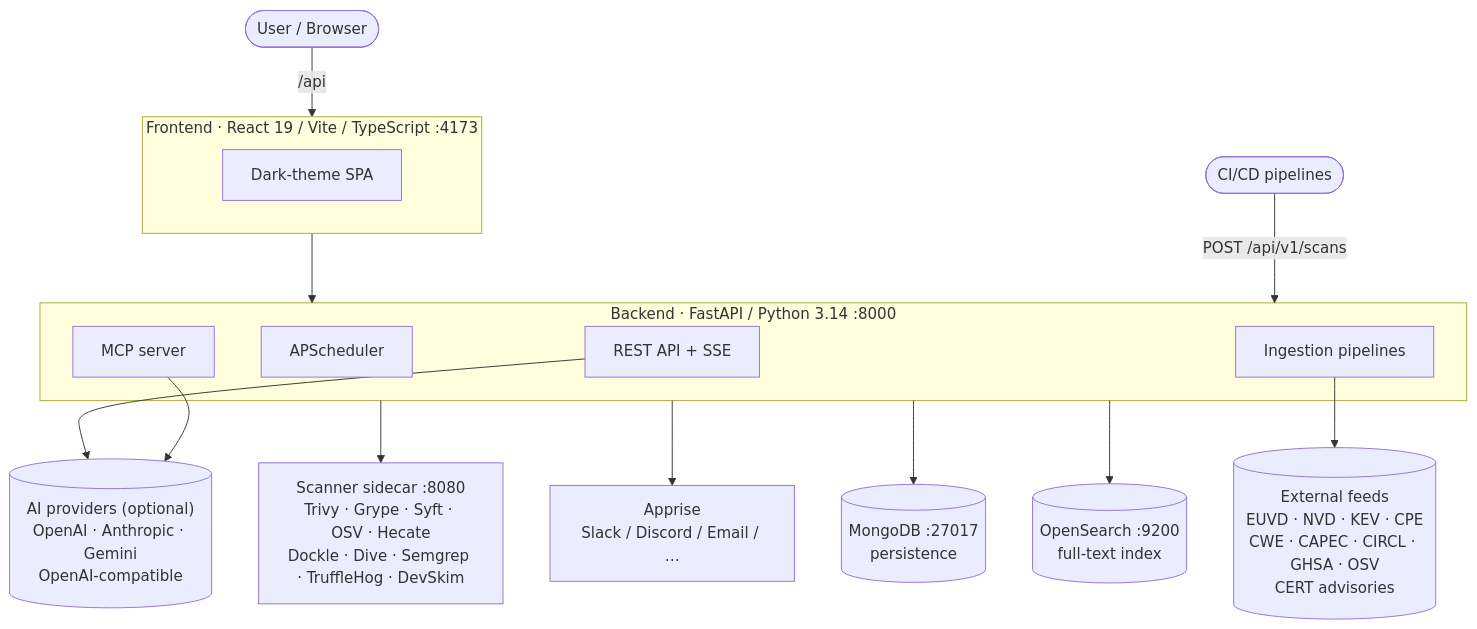
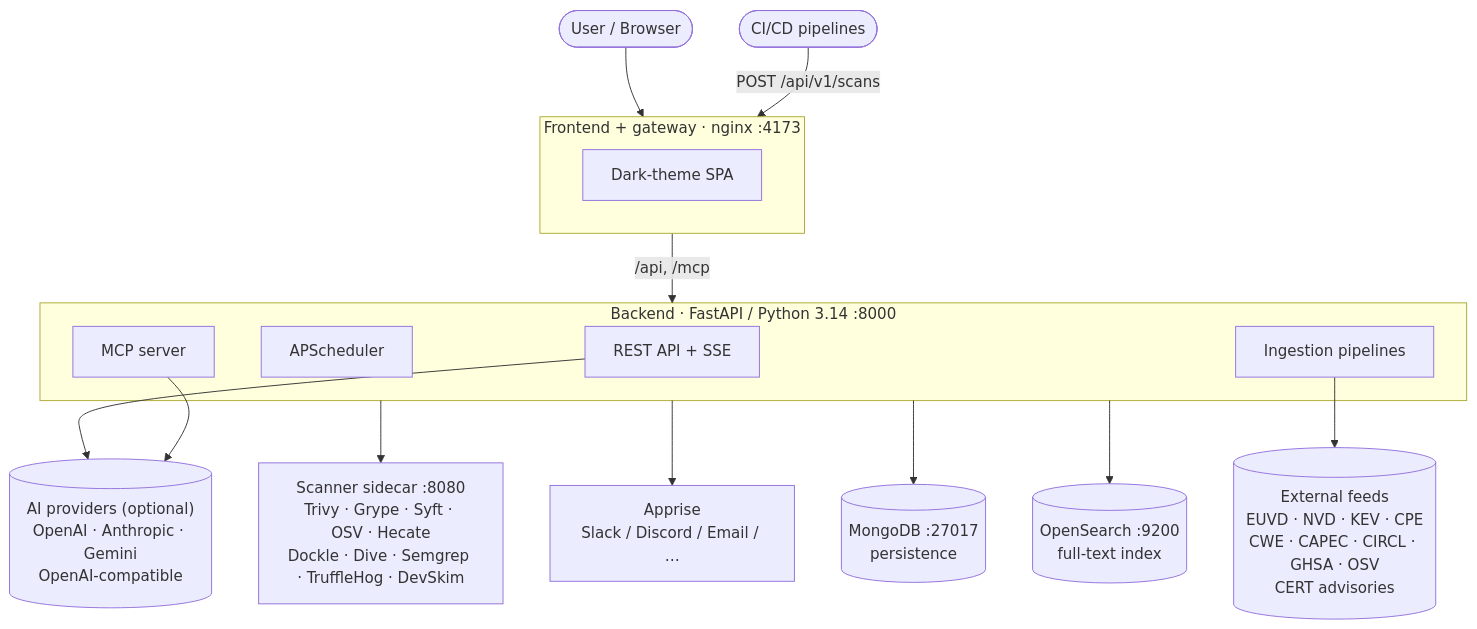
Before and after one commit to 0x3e4/hecate: the diagram in README.md, drawn with Mermaid. The commit also changed other lines of this file and 212 other files, not shown here.

````diff
--- a/README.md
+++ b/README.md
@@ -141,36 +141,36 @@
 ```mermaid
 flowchart TB
     User([User / Browser])
     CICD([CI/CD pipelines])
 
-    subgraph Frontend["Frontend · React 19 / Vite / TypeScript :4173"]
+    subgraph Frontend["Frontend + gateway · nginx :4173"]
         SPA[Dark-theme SPA]
     end
 
     subgraph Backend["Backend · FastAPI / Python 3.14 :8000"]
         API[REST API + SSE]
         Scheduler[APScheduler]
         Pipelines[Ingestion pipelines]
         MCP[MCP server]
     end
 
     Scanner["Scanner sidecar :8080<br/>Trivy · Grype · Syft · OSV · Hecate<br/>Dockle · Dive · Semgrep · TruffleHog · DevSkim"]
     Apprise["Apprise<br/>Slack / Discord / Email / …"]
 
     Mongo[("MongoDB :27017<br/>persistence")]
     OS[("OpenSearch :9200<br/>full-text index")]
 
     Feeds[("External feeds<br/>EUVD · NVD · KEV · CPE<br/>CWE · CAPEC · CIRCL · GHSA · OSV<br/>CERT advisories")]
     AI[("AI providers (optional)<br/>OpenAI · Anthropic · Gemini<br/>OpenAI-compatible")]
 
-    User -->|/api| Frontend
-    Frontend --> Backend
-    CICD -->|POST /api/v1/scans| Backend
+    User --> Frontend
+    CICD -->|POST /api/v1/scans| Frontend
+    Frontend -->|/api, /mcp| Backend
     Backend --> Scanner
     Backend --> Apprise
     Backend --> Mongo
     Backend --> OS
     Pipelines --> Feeds
     API --> AI
     MCP --> AI
 ```
````
